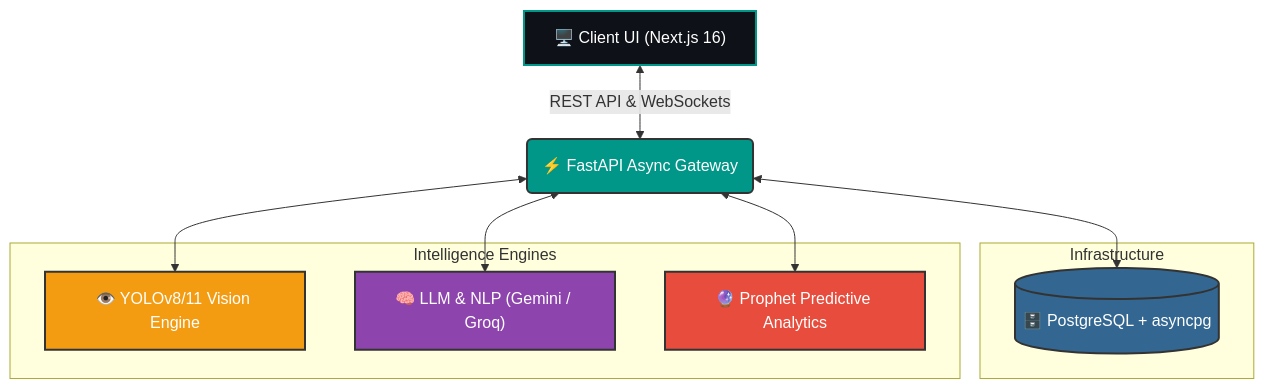
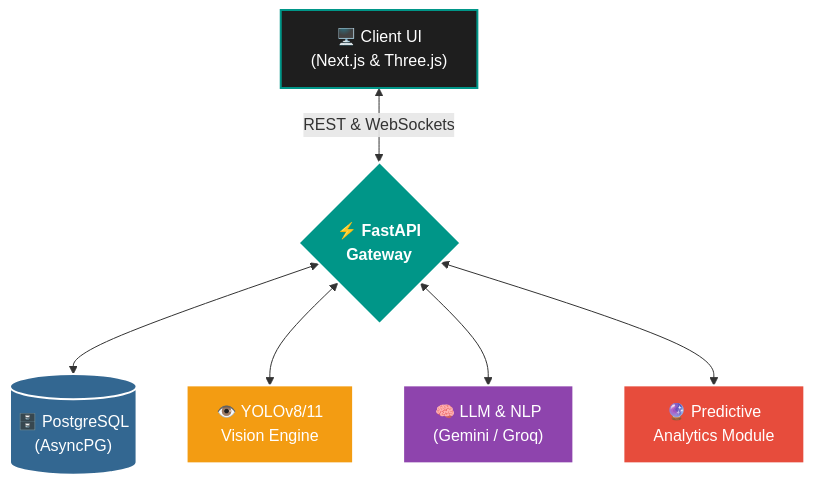
The diagram in README.md (bhargavatejagolla/Laminar), drawn with Mermaid before and after one commit. The commit also changed other lines of this file, not shown here.

````diff
--- a/README.md
+++ b/README.md
@@ -235,26 +583,16 @@
 ```mermaid
 graph TD
-    A["🖥️ Client UI (Next.js 16)"] <-->|REST API & WebSockets| B("⚡ FastAPI Async Gateway")
+    classDef client fill:#1E1E1E,stroke:#009688,stroke-width:2px,color:#fff
+    classDef gateway fill:#009688,stroke:#fff,stroke-width:2px,color:#fff,font-weight:bold
+    classDef db fill:#336791,stroke:#fff,stroke-width:2px,color:#fff
+    classDef vision fill:#f39c12,stroke:#fff,stroke-width:2px,color:#fff
+    classDef llm fill:#8e44ad,stroke:#fff,stroke-width:2px,color:#fff
+    classDef predict fill:#e74c3c,stroke:#fff,stroke-width:2px,color:#fff
+
+    A["🖥️ Client UI<br/>(Next.js & Three.js)"]:::client <-->|REST & WebSockets| B{"⚡ FastAPI<br/>Gateway"}:::gateway
     
-    subgraph Infrastructure
-        C[("🗄️ PostgreSQL + asyncpg")]
-    end
-    
-    subgraph Intelligence Engines
-        D["👁️ YOLOv8/11 Vision Engine"]
-        E["🧠 LLM & NLP (Gemini / Groq)"]
-        F["🔮 Prophet Predictive Analytics"]
-    end
-    
-    B <--> C
-    B <--> D
-    B <--> E
-    B <--> F
-    
-    style A fill:#0e1117,stroke:#009688,stroke-width:2px,color:#fff
-    style B fill:#009688,stroke:#333,stroke-width:2px,color:#fff
-    style C fill:#336791,stroke:#333,stroke-width:2px,color:#fff
-    style D fill:#f39c12,stroke:#333,stroke-width:2px,color:#fff
-    style E fill:#8e44ad,stroke:#333,stroke-width:2px,color:#fff
-    style F fill:#e74c3c,stroke:#333,stroke-width:2px,color:#fff
+    B <--> C[("🗄️ PostgreSQL<br/>(AsyncPG)")]:::db
+    B <--> D["👁️ YOLOv8/11<br/>Vision Engine"]:::vision
+    B <--> E["🧠 LLM & NLP<br/>(Gemini / Groq)"]:::llm
+    B <--> F["🔮 Predictive<br/>Analytics Module"]:::predict
 ```
````
